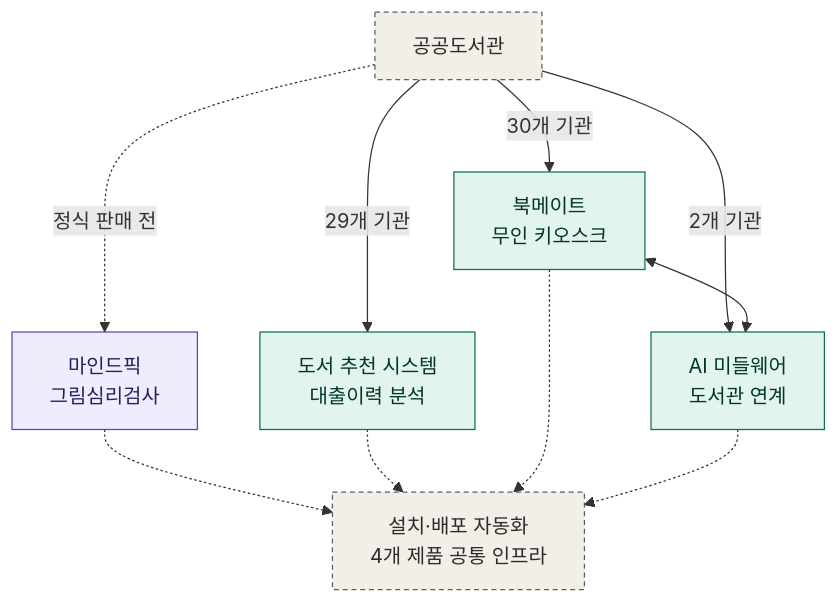
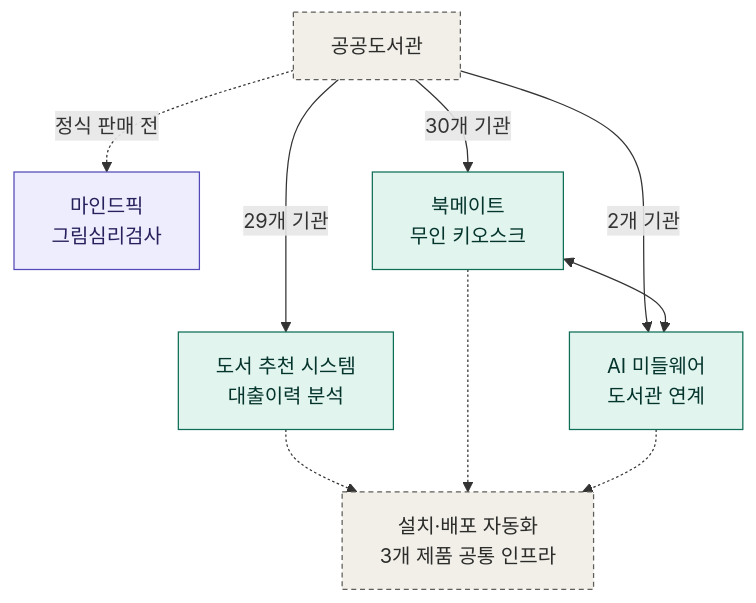
The diagram in README.md (panorama713/career-portfolio), drawn with Mermaid before and after one commit. The commit also changed other lines of this file and 4 other files, not shown here.

````diff
--- a/README.md
+++ b/README.md
@@ -36,31 +37,30 @@
 ```mermaid
 flowchart TB
     Library["공공도서관"]
 
     Mindpick["마인드픽<br/>그림심리검사"]
     Recommend["도서 추천 시스템<br/>대출이력 분석"]
     Bookmate["북메이트<br/>무인 키오스크"]
     Middleware["AI 미들웨어<br/>도서관 연계"]
 
-    Install["설치·배포 자동화<br/>4개 제품 공통 인프라"]
+    Install["설치·배포 자동화<br/>3개 제품 공통 인프라"]
 
     Library -->|30개 기관| Bookmate
     Library -->|29개 기관| Recommend
     Library -->|2개 기관| Middleware
     Library -.->|정식 판매 전| Mindpick
 
     Bookmate <--> Middleware
 
-    Mindpick -.-> Install
     Recommend -.-> Install
     Bookmate -.-> Install
     Middleware -.-> Install
 
     classDef solo fill:#EEEDFE,stroke:#534AB7,color:#26215C;
     classDef team fill:#E1F5EE,stroke:#0F6E56,color:#04342C;
     classDef infra fill:#F1EFE8,stroke:#5F5E5A,color:#2C2C2A,stroke-dasharray: 4 3;
 
     class Mindpick solo;
     class Recommend,Bookmate,Middleware team;
     class Library,Install infra;
 ```
````
